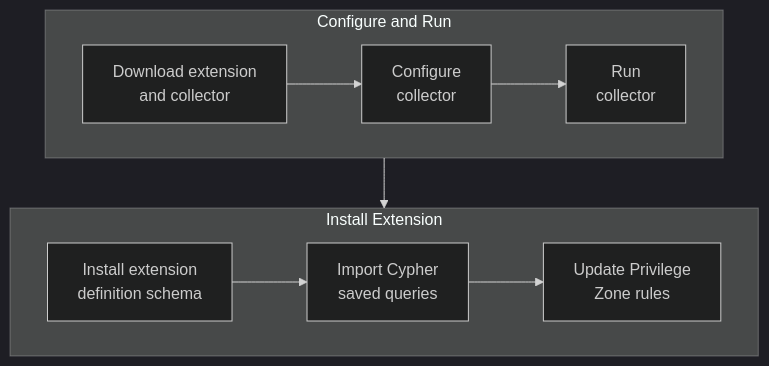
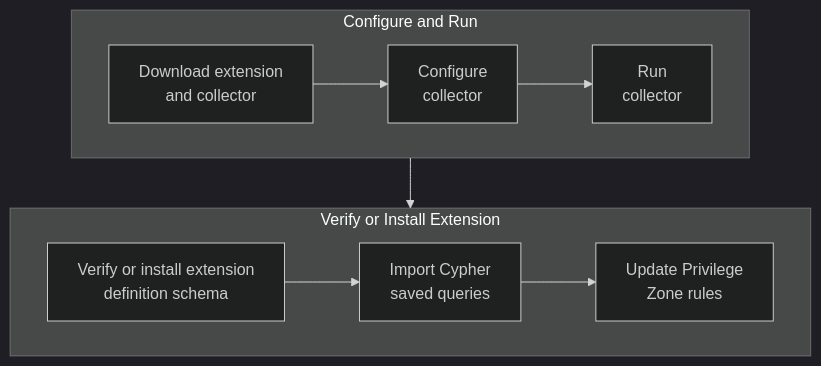
One commit to SpecterOps/bloodhound-docs changed the first of 3 diagrams in docs/opengraph/extensions/manage.mdx. Above: the diagram before and after it, drawn with Mermaid (dark theme). The commit also changed other lines of this file and 12 other files, not shown here.

````diff
--- a/docs/opengraph/extensions/manage.mdx
+++ b/docs/opengraph/extensions/manage.mdx
@@ -103,16 +109,16 @@
 ```mermaid
 flowchart TB
 	subgraph prepare[Configure and Run]
 		a["Download extension<br/>and collector"]
         a-->b["Configure<br/> collector"]
         b-->c["Run<br/>collector"]
     end
 
-	subgraph upload[Install Extension]
-		f["Install extension<br/>definition schema"]
-        f-->g["Import Cypher<br/>saved queries"]
+	subgraph upload[Verify or Install Extension]
+		f["Verify or install extension<br/>definition schema"]
+	    f-->g["Import Cypher<br/>saved queries"]
 		g-->h["Update Privilege<br/>Zone rules"]
 	end
 
     prepare-->upload
 ```
````
